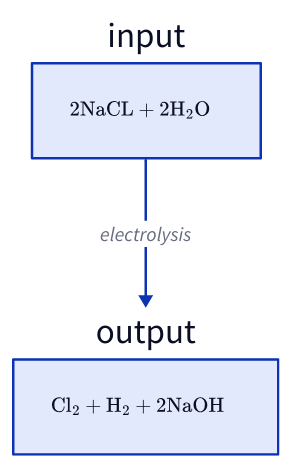
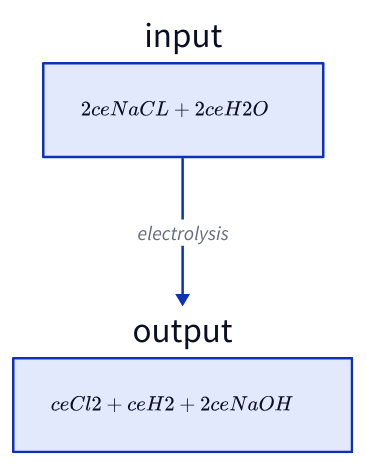
One commit to HiDeoo/astro-d2 changed the diagram in docs/src/content/docs/examples/latex.md. Above: the diagram before and after it, drawn with D2. The commit also changed other lines of this file and 40 other files, not shown here.

````diff
--- a/docs/src/content/docs/examples/latex.md
+++ b/docs/src/content/docs/examples/latex.md
@@ -29,15 +29,15 @@
 ```d2
 input -> output: electrolysis
 
 input: {
   equation: |latex
-    2 \\ce{NaCL} + 2 \\ce{H2O}
+    2 \ce{NaCL} + 2 \ce{H2O}
   |
 }
 
 output: {
   equation: |latex
-    \\ce{Cl2} + \\ce{H2} + 2 \\ce{NaOH}
+    \ce{Cl2} + \ce{H2} + 2 \ce{NaOH}
   |
 }
 ```
````
